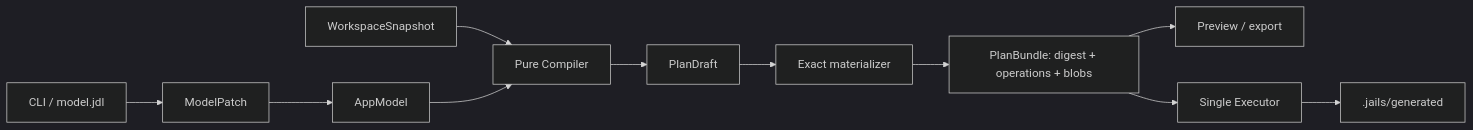
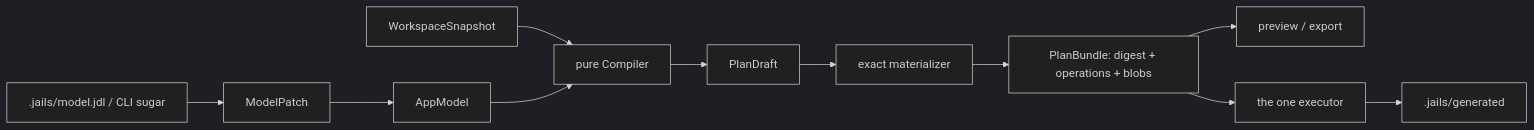
One commit to laithshadeed/jails changed the diagram in ARCHITECTURE.md. Above: the diagram before and after it, drawn with Mermaid (dark theme). The commit also changed other lines of this file and 313 other files, not shown here.

````diff
--- a/ARCHITECTURE.md
+++ b/ARCHITECTURE.md
@@ -12,13 +14,13 @@
 ```mermaid
 flowchart LR
-    FRONT["CLI / model.jdl"] --> PATCH["ModelPatch"]
+    FRONT[".jails/model.jdl / CLI sugar"] --> PATCH["ModelPatch"]
     PATCH --> MODEL["AppModel"]
-    SNAP["WorkspaceSnapshot"] --> COMPILER["Pure Compiler"]
+    SNAP["WorkspaceSnapshot"] --> COMPILER["pure Compiler"]
     MODEL --> COMPILER
     COMPILER --> DRAFT["PlanDraft"]
-    DRAFT --> MATERIALIZE["Exact materializer"]
+    DRAFT --> MATERIALIZE["exact materializer"]
     MATERIALIZE --> PLAN["PlanBundle: digest + operations + blobs"]
-    PLAN --> PREVIEW["Preview / export"]
-    PLAN --> EXECUTOR["Single Executor"]
+    PLAN --> PREVIEW["preview / export"]
+    PLAN --> EXECUTOR["the one executor"]
     EXECUTOR --> TREE[".jails/generated"]
 ```
````
